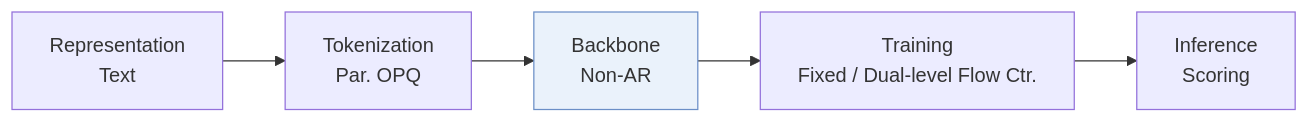
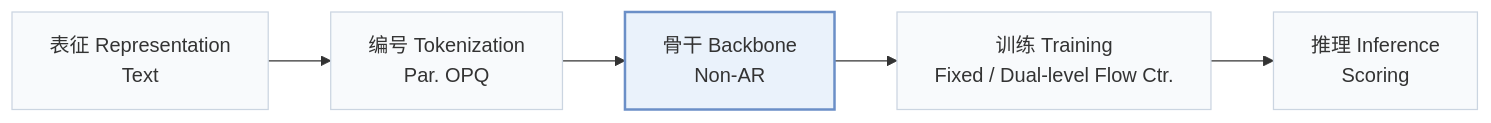
One commit to Galaxy-ghost/Awesome-SID-Generative-Rec changed the first of 2 diagrams in pages/zh/papers/sprint.md. Above: the diagram before and after it, drawn with Mermaid. The commit also changed other lines of this file and 649 other files, not shown here.

Commit message:
writer-05: also tags and modality index (schema, check, build, visuals); summary field removed; calibration data for 12 papers

````diff
--- a/pages/zh/papers/sprint.md
+++ b/pages/zh/papers/sprint.md
@@ -13,6 +15,8 @@
 ```mermaid
 flowchart LR
-    R["Representation<br/>Text"] --> T["Tokenization<br/>Par. OPQ"] --> B["Backbone<br/>Non-AR"] --> TR["Training<br/>Fixed / Dual-level Flow Ctr."] --> I["Inference<br/>Scoring"]
-    classDef main fill:#eaf2fb,stroke:#6b8fc7
+    R["表征 Representation<br/>Text"] --> T["编号 Tokenization<br/>Par. OPQ"] --> B["骨干 Backbone<br/>Non-AR"] --> TR["训练 Training<br/>Fixed / Dual-level Flow Ctr."] --> I["推理 Inference<br/>Scoring"]
+    classDef base fill:#f8fafc,stroke:#cbd5e1
+    class R,T,B,TR,I base
+    classDef main fill:#eaf2fb,stroke:#6b8fc7,stroke-width:2px
     class B main
 ```
````
